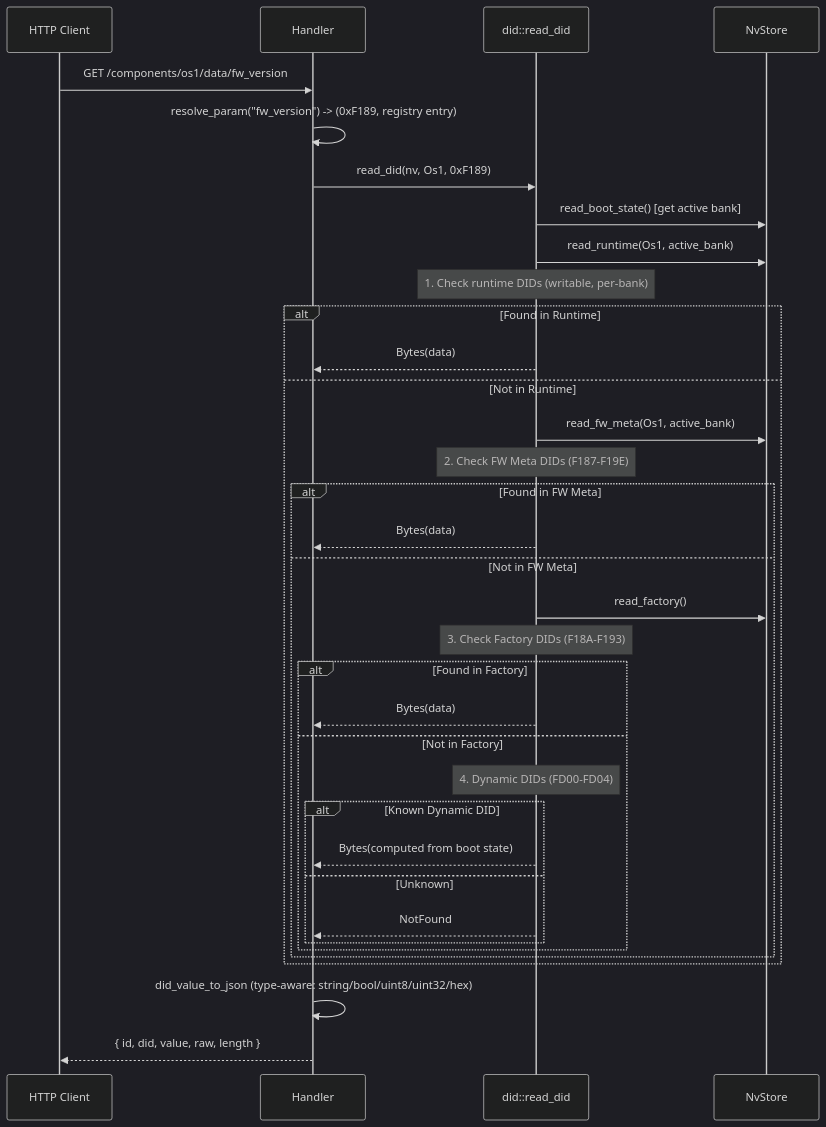
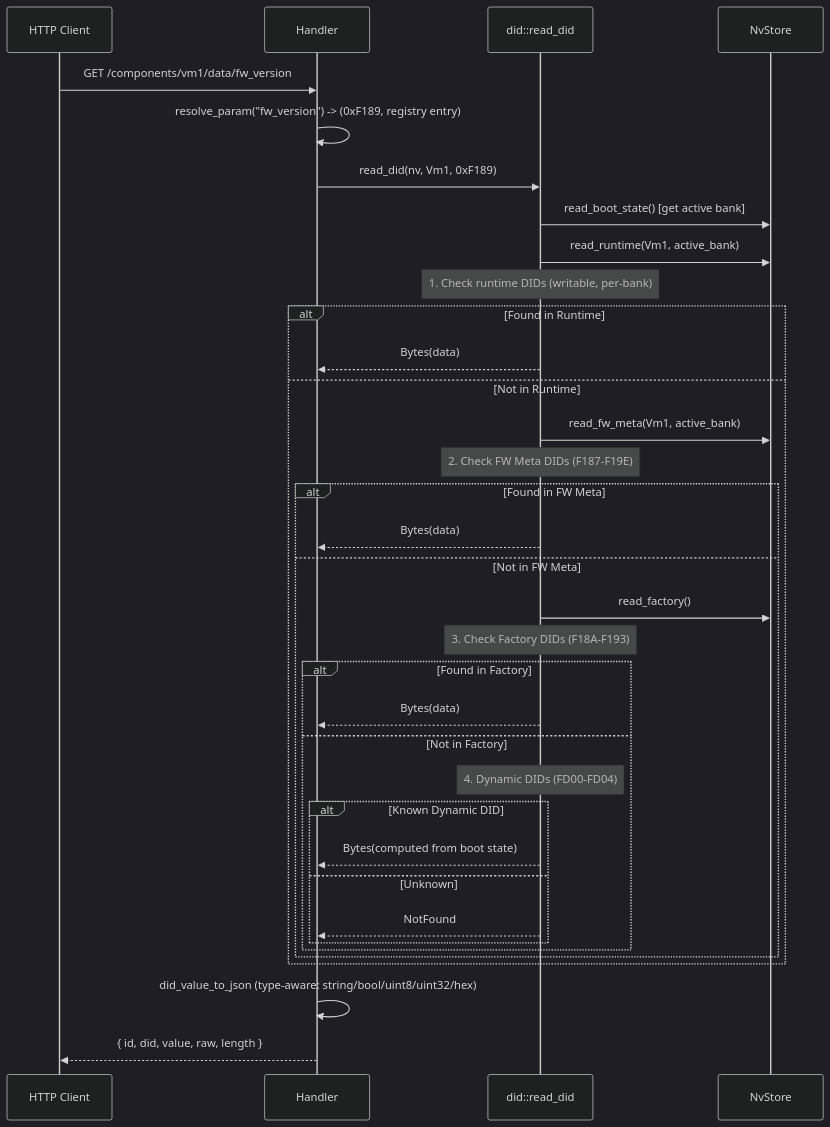
The sixth of 7 diagrams in ARCHITECTURE.md (sdv-playground/sumo-vm-mgr), drawn with Mermaid (dark theme) before and after one commit. The commit also changed other lines of this file and 35 other files, not shown here.

First line of the commit message:
Rename components (os1→vm1, os2→vm2, hyp→hypervisor), add per-bank VM config

````diff
--- a/ARCHITECTURE.md
+++ b/ARCHITECTURE.md
@@ -499,42 +505,42 @@
 ```mermaid
 sequenceDiagram
     participant C as HTTP Client
     participant H as Handler
     participant D as did::read_did
     participant NV as NvStore
 
-    C->>H: GET /components/os1/data/fw_version
+    C->>H: GET /components/vm1/data/fw_version
     H->>H: resolve_param("fw_version") -> (0xF189, registry entry)
-    H->>D: read_did(nv, Os1, 0xF189)
+    H->>D: read_did(nv, Vm1, 0xF189)
 
     D->>NV: read_boot_state() [get active bank]
 
-    D->>NV: read_runtime(Os1, active_bank)
+    D->>NV: read_runtime(Vm1, active_bank)
     Note over D: 1. Check runtime DIDs (writable, per-bank)
 
     alt Found in Runtime
         D-->>H: Bytes(data)
     else Not in Runtime
-        D->>NV: read_fw_meta(Os1, active_bank)
+        D->>NV: read_fw_meta(Vm1, active_bank)
         Note over D: 2. Check FW Meta DIDs (F187-F19E)
         alt Found in FW Meta
             D-->>H: Bytes(data)
         else Not in FW Meta
             D->>NV: read_factory()
             Note over D: 3. Check Factory DIDs (F18A-F193)
             alt Found in Factory
                 D-->>H: Bytes(data)
             else Not in Factory
                 Note over D: 4. Dynamic DIDs (FD00-FD04)
                 alt Known Dynamic DID
                     D-->>H: Bytes(computed from boot state)
                 else Unknown
                     D-->>H: NotFound
                 end
             end
         end
     end
 
     H->>H: did_value_to_json (type-aware: string/bool/uint8/uint32/hex)
     H-->>C: { id, did, value, raw, length }
 ```
````
